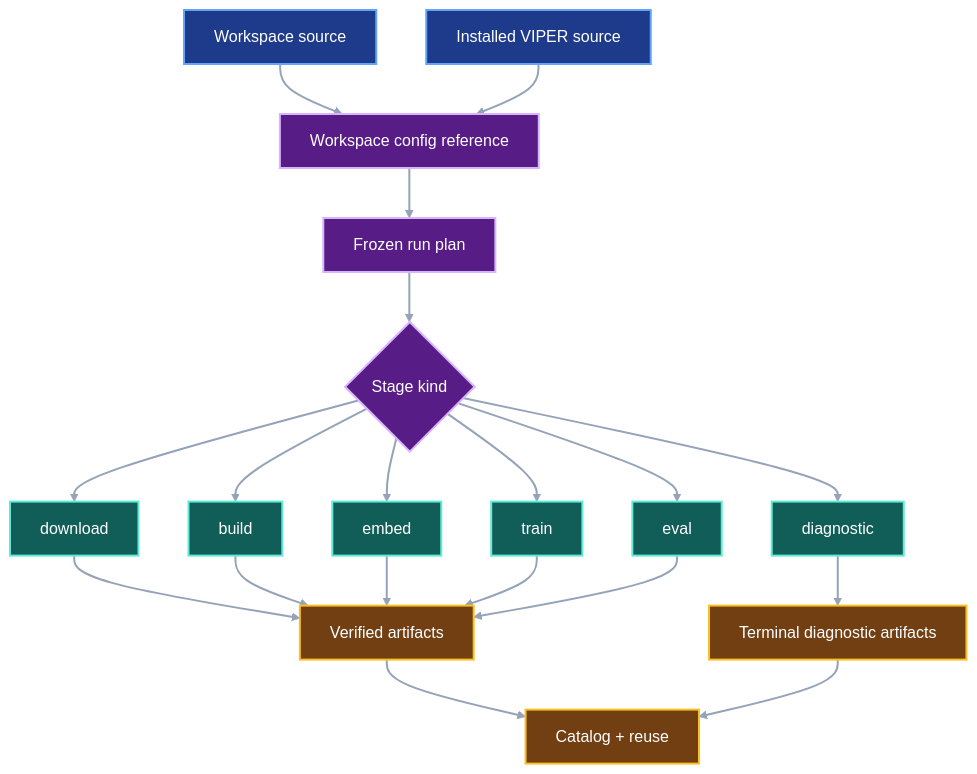
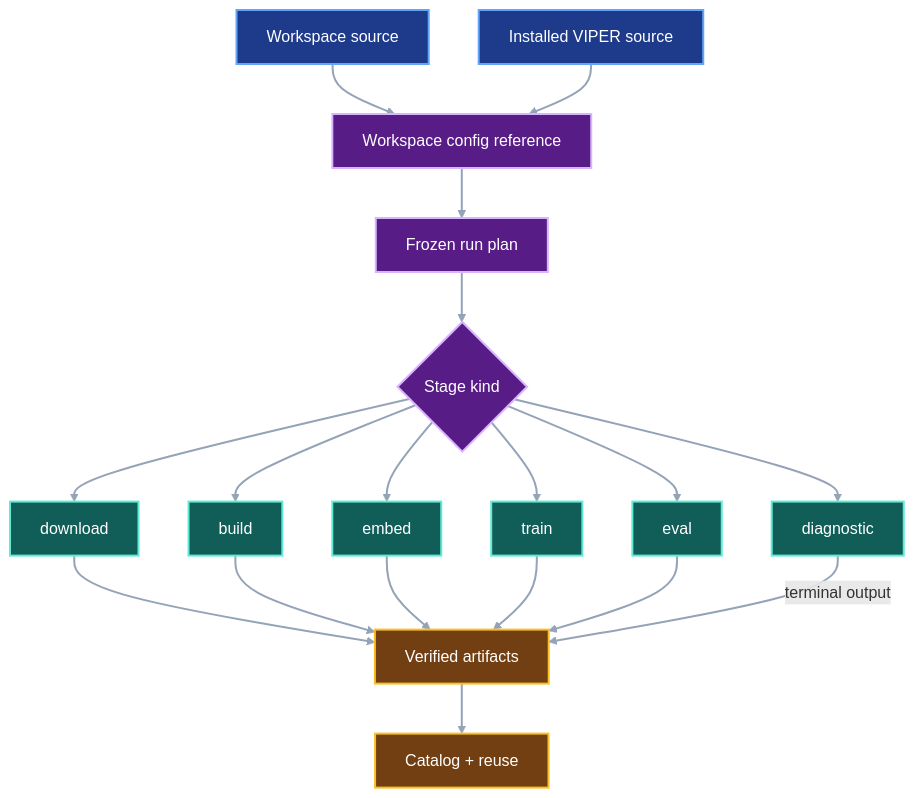
Before and after one commit to pvd232/viper: the third of 3 diagrams in docs/development/v0.1.0a3-public-authoring-contract.md, drawn with Mermaid. The commit also changed 1 other file, not shown here.

Commit message:
Clarify diagnostic artifact lifecycle

````diff
--- a/docs/development/v0.1.0a3-public-authoring-contract.md
+++ b/docs/development/v0.1.0a3-public-authoring-contract.md
@@ -130,31 +130,30 @@
 ```mermaid
 flowchart TD
     Workspace["Workspace source"] --> Ref["Workspace config reference"]
     Package["Installed VIPER source"] --> Ref
     Ref --> Plan["Frozen run plan"]
     Plan --> Kinds{"Stage kind"}
     Kinds --> Download["download"]
     Kinds --> Build["build"]
     Kinds --> Embed["embed"]
     Kinds --> Train["train"]
     Kinds --> Eval["eval"]
     Kinds --> Diagnostic["diagnostic"]
     Download --> Artifacts["Verified artifacts"]
     Build --> Artifacts
     Embed --> Artifacts
     Train --> Artifacts
     Eval --> Artifacts
-    Diagnostic --> Reports["Terminal diagnostic artifacts"]
+    Diagnostic -->|"terminal output"| Artifacts
     Artifacts --> Catalog["Catalog + reuse"]
-    Reports --> Catalog
 
     class Workspace,Package current
     class Ref,Plan,Kinds proposed
     class Download,Build,Embed,Train,Eval,Diagnostic implementation
-    class Artifacts,Reports,Catalog evidence
+    class Artifacts,Catalog evidence
     classDef current fill:#1e3a8a,stroke:#60a5fa,color:#ffffff,stroke-width:2px
     classDef proposed fill:#581c87,stroke:#d8b4fe,color:#ffffff,stroke-width:2px
     classDef implementation fill:#115e59,stroke:#5eead4,color:#ffffff,stroke-width:2px
     classDef evidence fill:#713f12,stroke:#fbbf24,color:#ffffff,stroke-width:2px
     linkStyle default stroke:#94a3b8,stroke-width:2px
 ```
````
